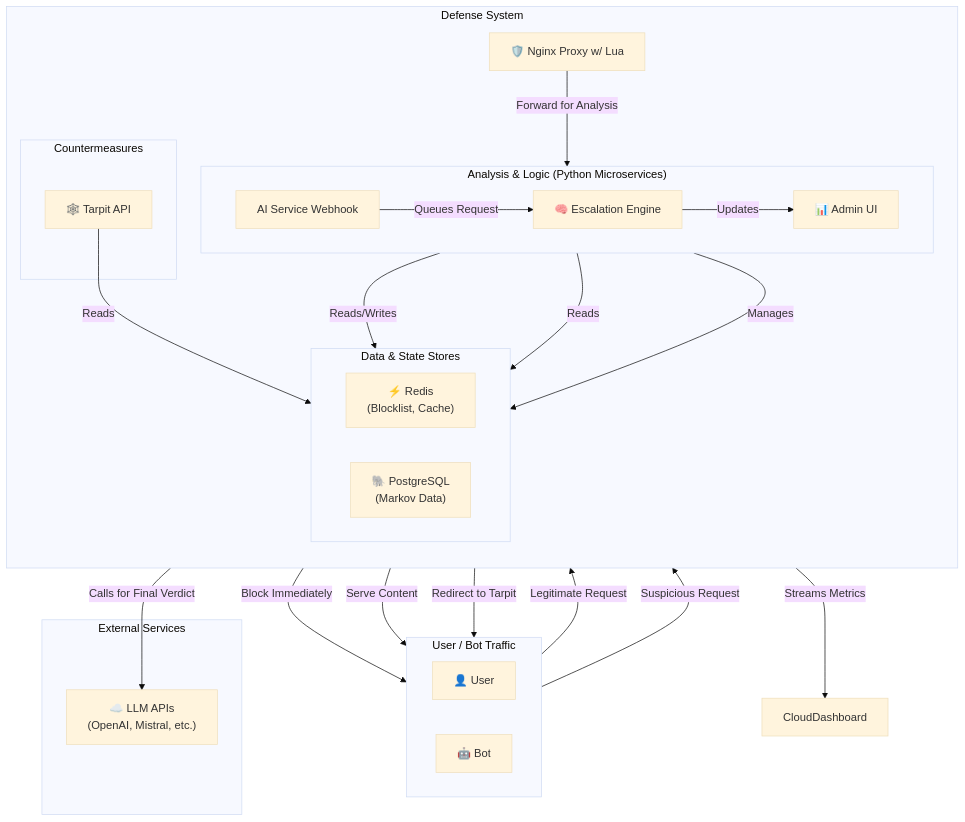
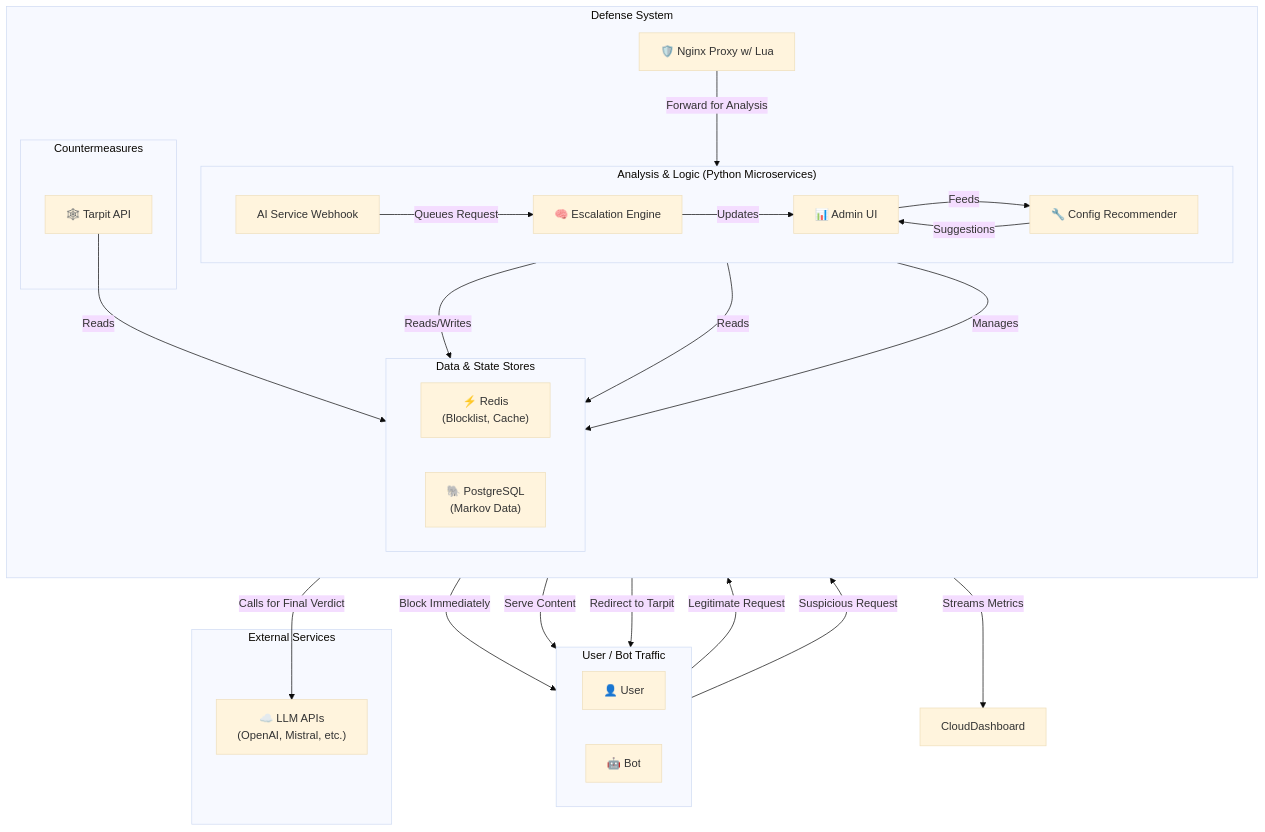
The third of 3 diagrams in docs/architecture.md (rhamenator/ai-scraping-defense), drawn with Mermaid (base theme) before and after one commit. The commit also changed other lines of this file and 9 other files, not shown here.

Commit message:
Add config recommender service

````diff
--- a/docs/architecture.md
+++ b/docs/architecture.md
@@ -111,53 +117,56 @@
 ```mermaid
 graph TD
     subgraph "User / Bot Traffic"
         direction LR
         User["👤 User"]
         Bot["🤖 Bot"]
     end
 
     subgraph "Defense System"
         direction TB
         Nginx["🛡️ Nginx Proxy w/ Lua"]
 
         subgraph "Analysis & Logic (Python Microservices)"
             direction LR
             AIService["AI Service Webhook"]
             EscalationEngine["🧠 Escalation Engine"]
             AdminUI["📊 Admin UI"]
+            ConfigRecommender["🔧 Config Recommender"]
         end
 
         subgraph "Countermeasures"
             TarpitAPI["🕸️ Tarpit API"]
         end
 
         subgraph "Data & State Stores"
             direction LR
             Redis["⚡ Redis\n(Blocklist, Cache)"]
             Postgres["🐘 PostgreSQL\n(Markov Data)"]
         end
     end
 
     subgraph "External Services"
         LLM["☁️ LLM APIs\n(OpenAI, Mistral, etc.)"]
     end
 
     User -->|Legitimate Request| Nginx
     Bot -->|Suspicious Request| Nginx
 
     Nginx -->|Block Immediately| Bot
     Nginx -->|Forward for Analysis| AIService
     Nginx -->|Serve Content| User
     Nginx -->|Redirect to Tarpit| Bot
 
     AIService -->|Queues Request| EscalationEngine
     EscalationEngine -->|Reads/Writes| Redis
     EscalationEngine -->|Reads| Postgres
     EscalationEngine -->|Calls for Final Verdict| LLM
     EscalationEngine -->|Updates| AdminUI
     AdminUI -->|Streams Metrics| CloudDashboard
+    AdminUI -->|Feeds| ConfigRecommender
+    ConfigRecommender -->|Suggestions| AdminUI
 
     AdminUI -->|Manages| Redis
 
     TarpitAPI -->|Reads| Postgres
 ```
````
